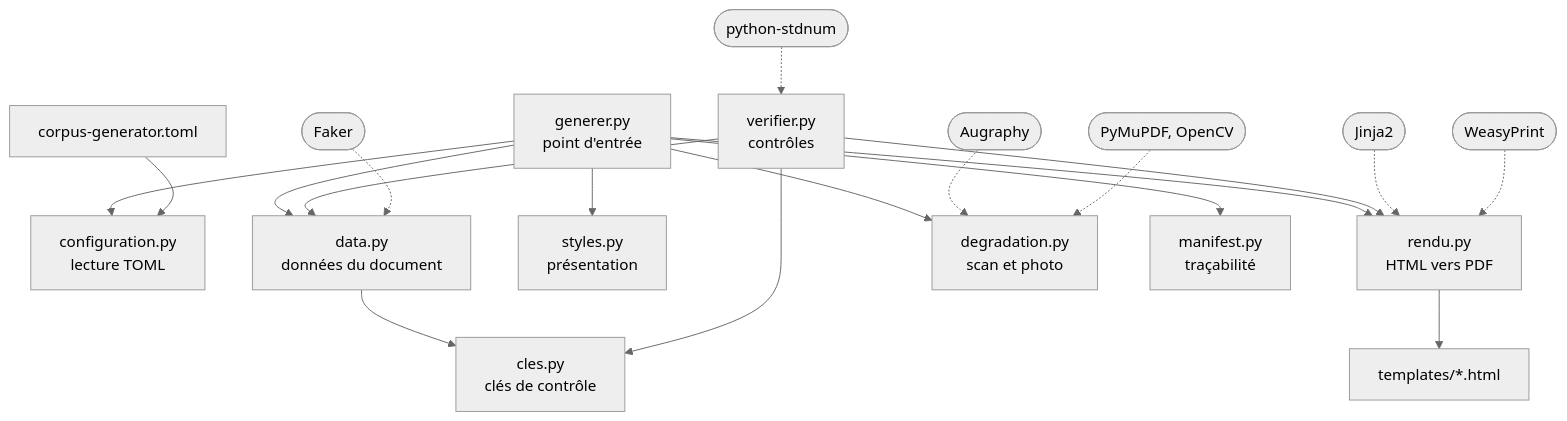
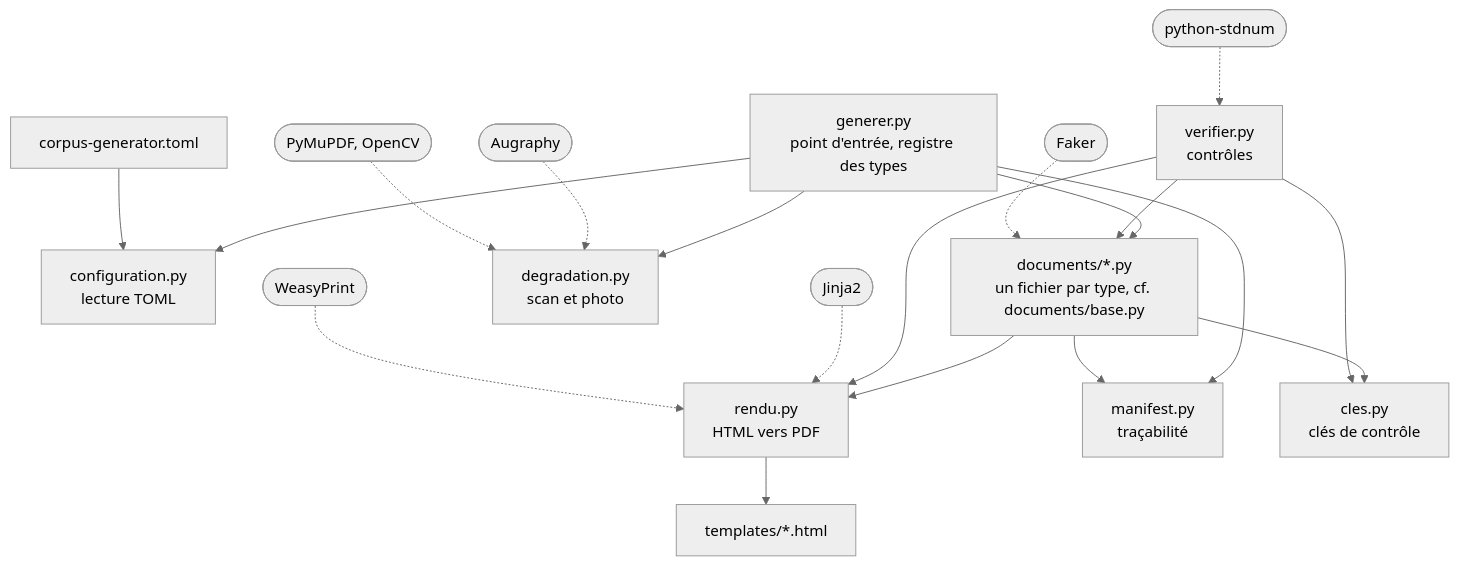
Before and after one commit to xelema/Detect-Doc: the first of 3 diagrams in tools/CorpusGenerator/README.md, drawn with Mermaid (neutral theme). The commit also changed other lines of this file and 15 other files, not shown here.

Commit message:
refactor(corpus-gen): streamline document type management

````diff
--- a/tools/CorpusGenerator/README.md
+++ b/tools/CorpusGenerator/README.md
@@ -70,34 +71,33 @@
 ```mermaid
 graph TD
-    generer[generer.py<br/>point d'entrée]
+    generer[generer.py<br/>point d'entrée, registre des types]
     configuration[configuration.py<br/>lecture TOML]
     toml[corpus-generator.toml]
-    data[data.py<br/>données du document]
-    styles[styles.py<br/>présentation]
+    documents[documents/*.py<br/>un fichier par type, cf. documents/base.py]
     rendu[rendu.py<br/>HTML vers PDF]
     degradation[degradation.py<br/>scan et photo]
     manifest[manifest.py<br/>traçabilité]
     cles[cles.py<br/>clés de contrôle]
     verifier[verifier.py<br/>contrôles]
     tpl[templates/*.html]
 
     generer --> configuration
-    generer --> data
-    generer --> styles
-    generer --> rendu
+    generer --> documents
     generer --> degradation
     generer --> manifest
-    data --> cles
+    documents --> cles
+    documents --> manifest
+    documents --> rendu
     rendu --> tpl
-    verifier --> data
+    verifier --> documents
     verifier --> cles
     verifier --> rendu
     toml --> configuration
 
-    faker([Faker]) -.-> data
+    faker([Faker]) -.-> documents
     jinja([Jinja2]) -.-> rendu
     weasy([WeasyPrint]) -.-> rendu
     augraphy([Augraphy]) -.-> degradation
     pymupdf([PyMuPDF, OpenCV]) -.-> degradation
     stdnum([python-stdnum]) -.-> verifier
 ```
````
